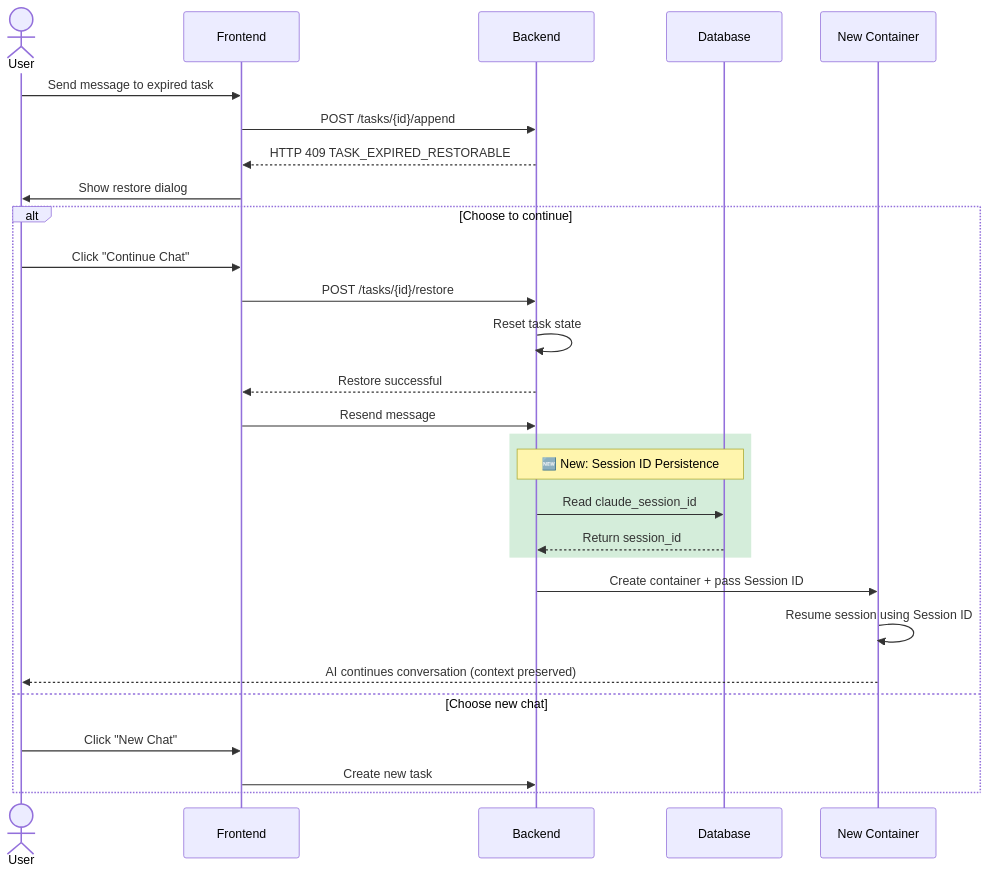
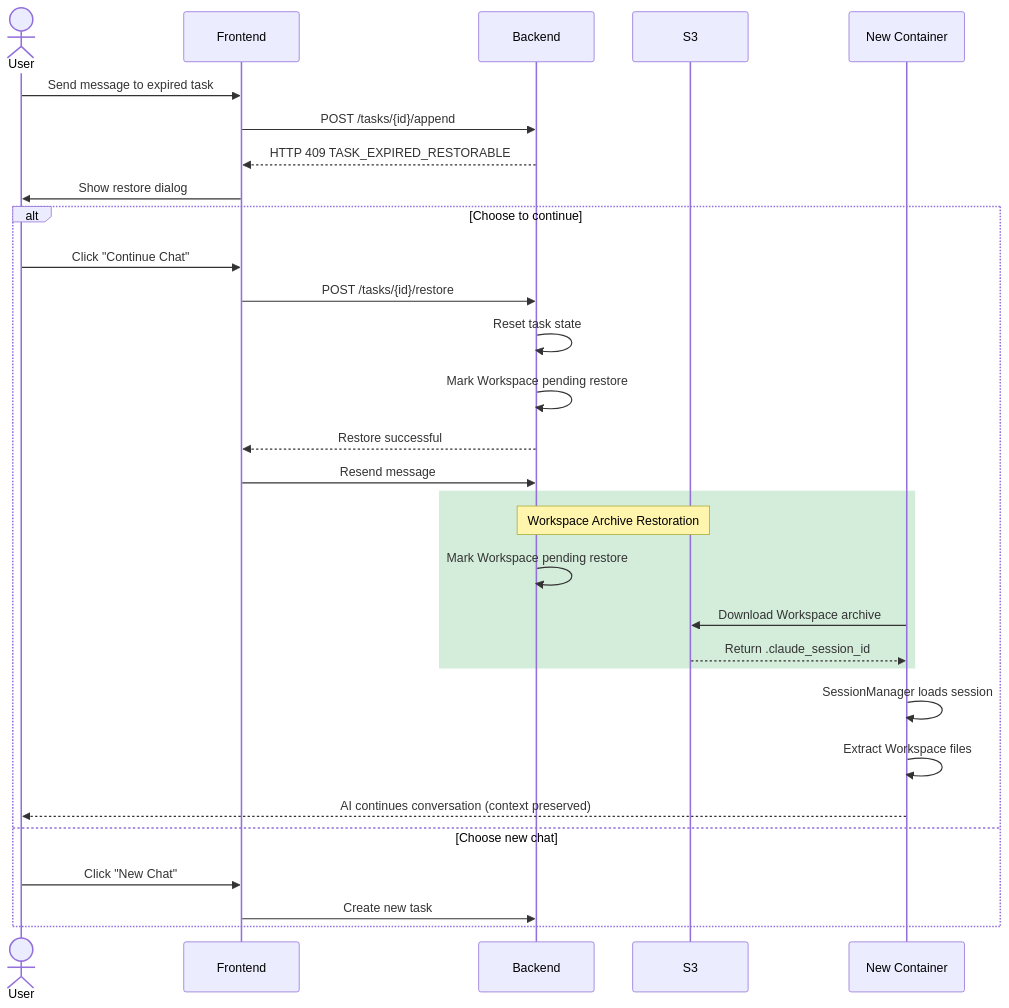
The second of 8 diagrams in docs/en/features/task-restore.md (wecode-ai/Wegent), drawn with Mermaid before and after one commit. The commit also changed other lines of this file and 7 other files, not shown here.

First line of the commit message:
refactor(backend,executor): remove database session ID persistence, use workspace archive only

````diff
--- a/docs/en/features/task-restore.md
+++ b/docs/en/features/task-restore.md
@@ -47,32 +44,34 @@
 ```mermaid
 sequenceDiagram
     actor User
     participant Frontend
     participant Backend
-    participant Database
+    participant S3
     participant NewContainer as New Container
 
     User->>Frontend: Send message to expired task
     Frontend->>Backend: POST /tasks/{id}/append
     Backend-->>Frontend: HTTP 409 TASK_EXPIRED_RESTORABLE
     Frontend->>User: Show restore dialog
 
     alt Choose to continue
         User->>Frontend: Click "Continue Chat"
         Frontend->>Backend: POST /tasks/{id}/restore
         Backend->>Backend: Reset task state
+        Backend->>Backend: Mark Workspace pending restore
         Backend-->>Frontend: Restore successful
         Frontend->>Backend: Resend message
         rect rgb(212, 237, 218)
-            Note over Backend,Database: 🆕 New: Session ID Persistence
-            Backend->>Database: Read claude_session_id
-            Database-->>Backend: Return session_id
+            Note over Backend,S3: Workspace Archive Restoration
+            Backend->>Backend: Mark Workspace pending restore
+            NewContainer->>S3: Download Workspace archive
+            S3-->>NewContainer: Return .claude_session_id
         end
-        Backend->>NewContainer: Create container + pass Session ID
-        NewContainer->>NewContainer: Resume session using Session ID
+        NewContainer->>NewContainer: SessionManager loads session
+        NewContainer->>NewContainer: Extract Workspace files
         NewContainer-->>User: AI continues conversation (context preserved)
     else Choose new chat
         User->>Frontend: Click "New Chat"
         Frontend->>Backend: Create new task
     end
 ```
````
